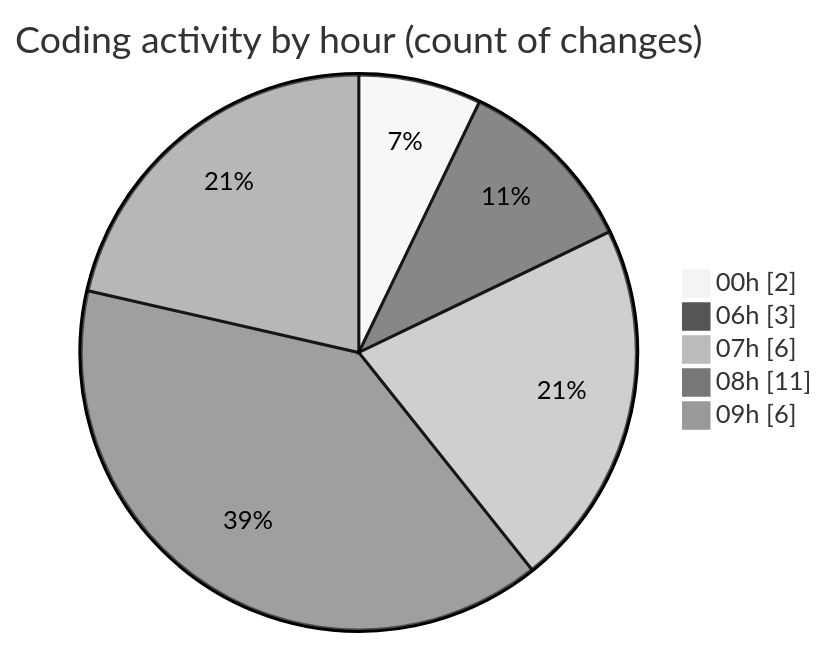
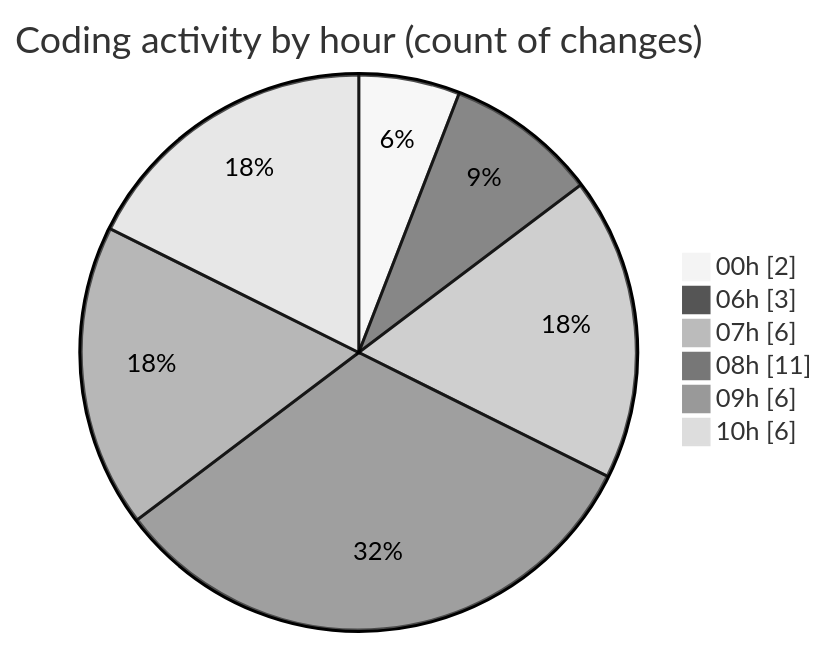
Before and after one commit to Elitesun/code-tracking: the second of 2 diagrams in 2025-05-15/niten/README.md, drawn with Mermaid (neutral theme). The commit also changed other lines of this file and 1 other file, not shown here.

````diff
--- a/2025-05-15/niten/README.md
+++ b/2025-05-15/niten/README.md
@@ -41,9 +44,10 @@
 ```mermaid
 pie showData
 title Coding activity by hour (count of changes)
 "00h" : 2
 "06h" : 3
 "07h" : 6
 "08h" : 11
 "09h" : 6
+"10h" : 6
 ```
````
